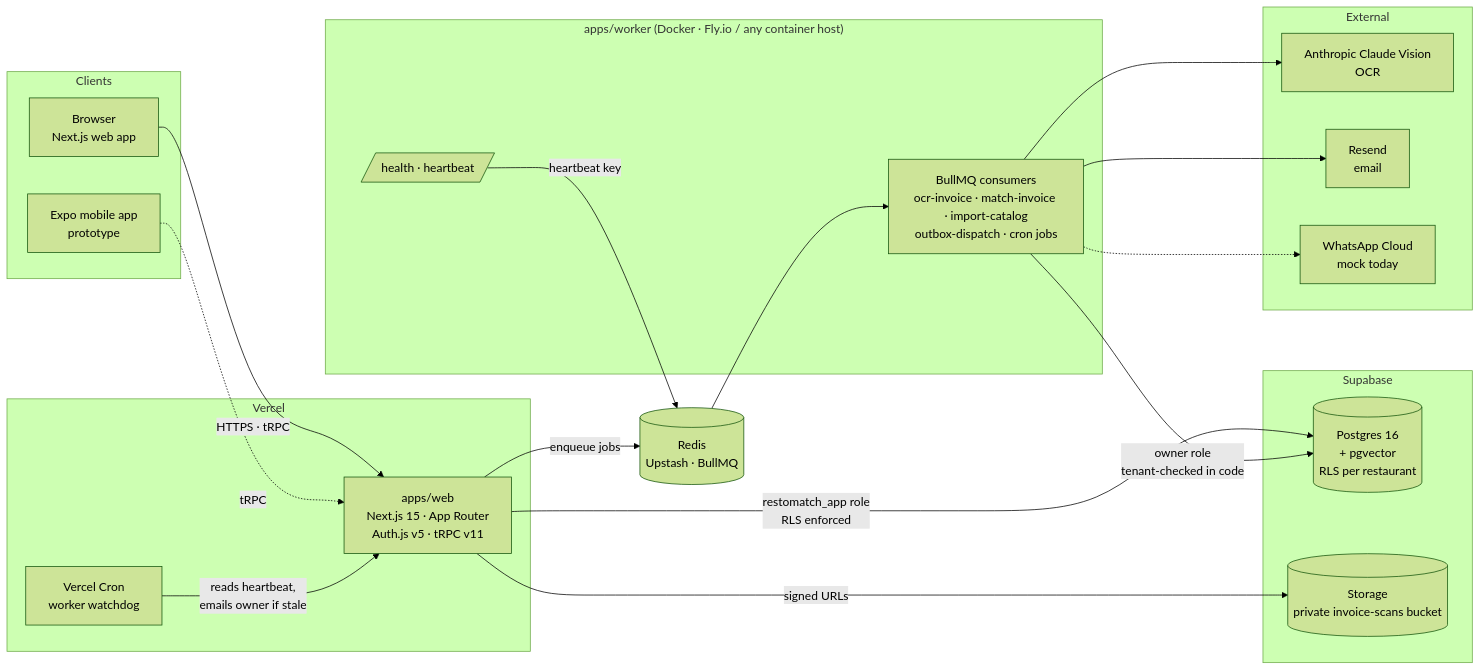
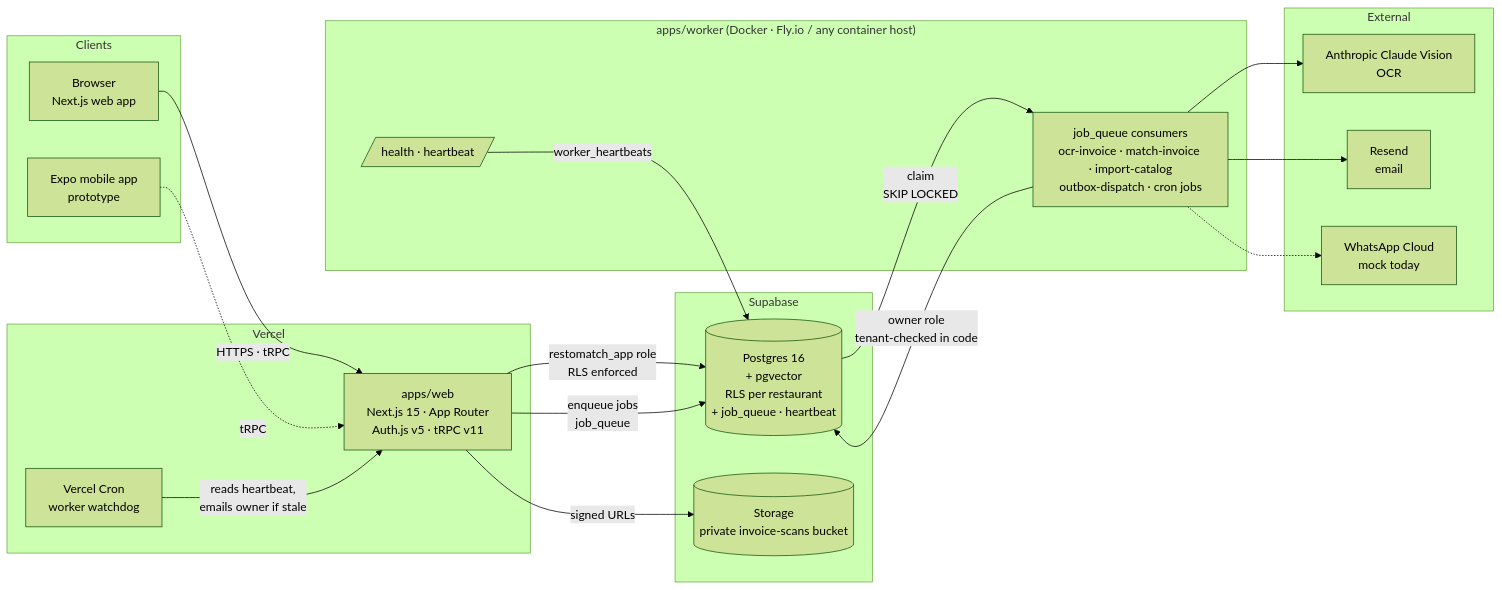
The diagram in README.md (digitalefficiency/restomatch), drawn with Mermaid (forest theme) before and after one commit. The commit also changed other lines of this file and 22 other files, not shown here.

````diff
--- a/README.md
+++ b/README.md
@@ -24,43 +24,41 @@
 ```mermaid
 flowchart LR
   subgraph Clients
     B[Browser<br/>Next.js web app]
     M[Expo mobile app<br/>prototype]
   end
 
   subgraph Vercel
     W[apps/web<br/>Next.js 15 · App Router<br/>Auth.js v5 · tRPC v11]
     C[Vercel Cron<br/>worker watchdog]
   end
 
   subgraph Supabase
-    PG[(Postgres 16<br/>+ pgvector<br/>RLS per restaurant)]
+    PG[(Postgres 16<br/>+ pgvector<br/>RLS per restaurant<br/>+ job_queue · heartbeat)]
     ST[(Storage<br/>private invoice-scans bucket)]
   end
 
-  R[(Redis<br/>Upstash · BullMQ)]
-
   subgraph Worker["apps/worker (Docker · Fly.io / any container host)"]
-    Q[BullMQ consumers<br/>ocr-invoice · match-invoice · import-catalog<br/>outbox-dispatch · cron jobs]
+    Q[job_queue consumers<br/>ocr-invoice · match-invoice · import-catalog<br/>outbox-dispatch · cron jobs]
     H[/health · heartbeat/]
   end
 
   subgraph External
     AN[Anthropic Claude Vision<br/>OCR]
     RS[Resend<br/>email]
     WA[WhatsApp Cloud<br/>mock today]
   end
 
   B -->|HTTPS · tRPC| W
   M -.->|tRPC| W
   W -->|restomatch_app role<br/>RLS enforced| PG
   W -->|signed URLs| ST
-  W -->|enqueue jobs| R
-  R --> Q
+  W -->|enqueue jobs<br/>job_queue| PG
+  PG -->|claim<br/>SKIP LOCKED| Q
   Q -->|owner role<br/>tenant-checked in code| PG
   Q --> AN
   Q --> RS
   Q -.-> WA
-  H -->|heartbeat key| R
+  H -->|worker_heartbeats| PG
   C -->|reads heartbeat,<br/>emails owner if stale| W
 ```
````
